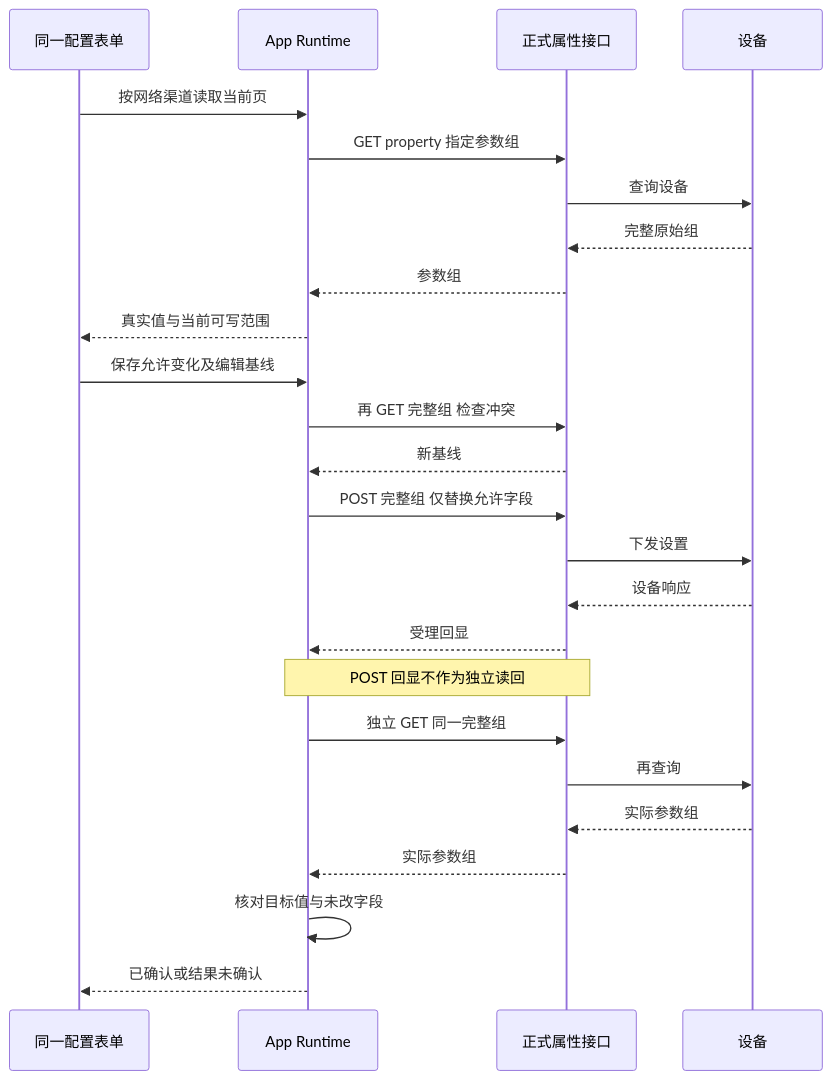
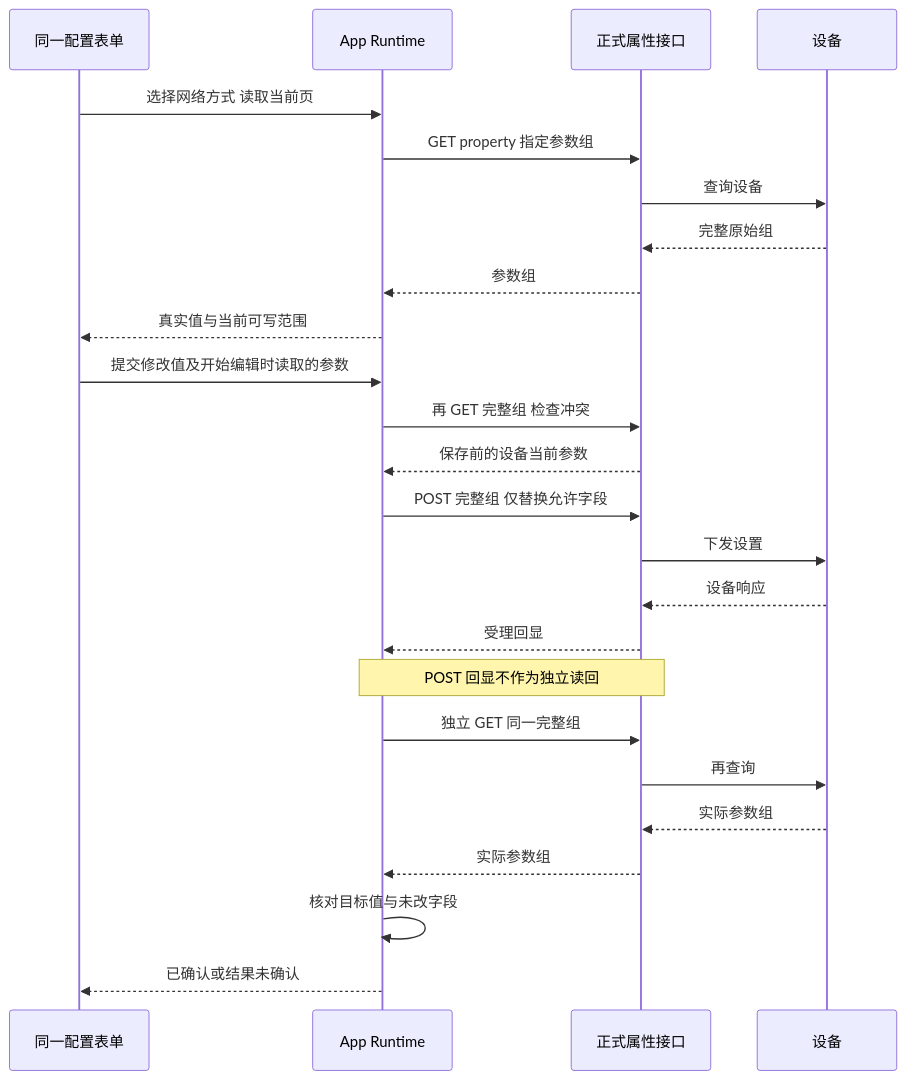
Before and after one commit to jarLiao/eview-connect-c-app-prototype: the diagram in guides/configuration-sequence.mmd, drawn with Mermaid. The commit also changed 7 other files, not shown here.

```diff
--- a/guides/configuration-sequence.mmd
+++ b/guides/configuration-sequence.mmd
@@ -1,25 +1,25 @@
 sequenceDiagram
     participant UI as 同一配置表单
     participant Native as App Runtime
     participant API as 正式属性接口
     participant Device as 设备
-    UI->>Native: 按网络渠道读取当前页
+    UI->>Native: 选择网络方式 读取当前页
     Native->>API: GET property 指定参数组
     API->>Device: 查询设备
     Device-->>API: 完整原始组
     API-->>Native: 参数组
     Native-->>UI: 真实值与当前可写范围
-    UI->>Native: 保存允许变化及编辑基线
+    UI->>Native: 提交修改值及开始编辑时读取的参数
     Native->>API: 再 GET 完整组 检查冲突
-    API-->>Native: 新基线
+    API-->>Native: 保存前的设备当前参数
     Native->>API: POST 完整组 仅替换允许字段
     API->>Device: 下发设置
     Device-->>API: 设备响应
     API-->>Native: 受理回显
     Note over Native,API: POST 回显不作为独立读回
     Native->>API: 独立 GET 同一完整组
     API->>Device: 再查询
     Device-->>API: 实际参数组
     API-->>Native: 实际参数组
     Native->>Native: 核对目标值与未改字段
     Native-->>UI: 已确认或结果未确认
```
